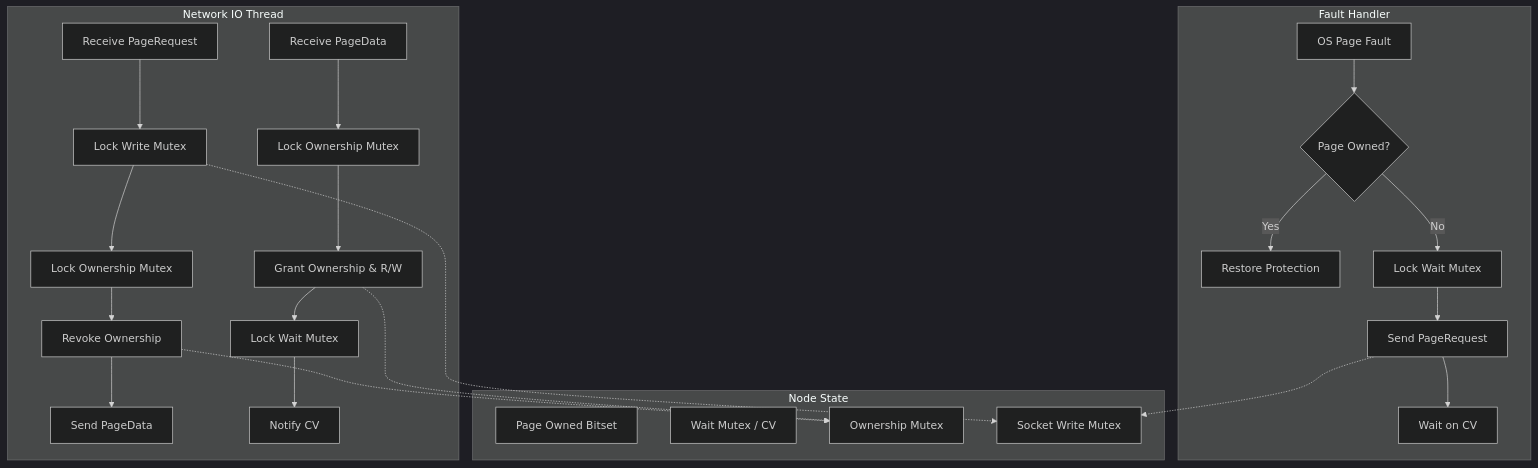
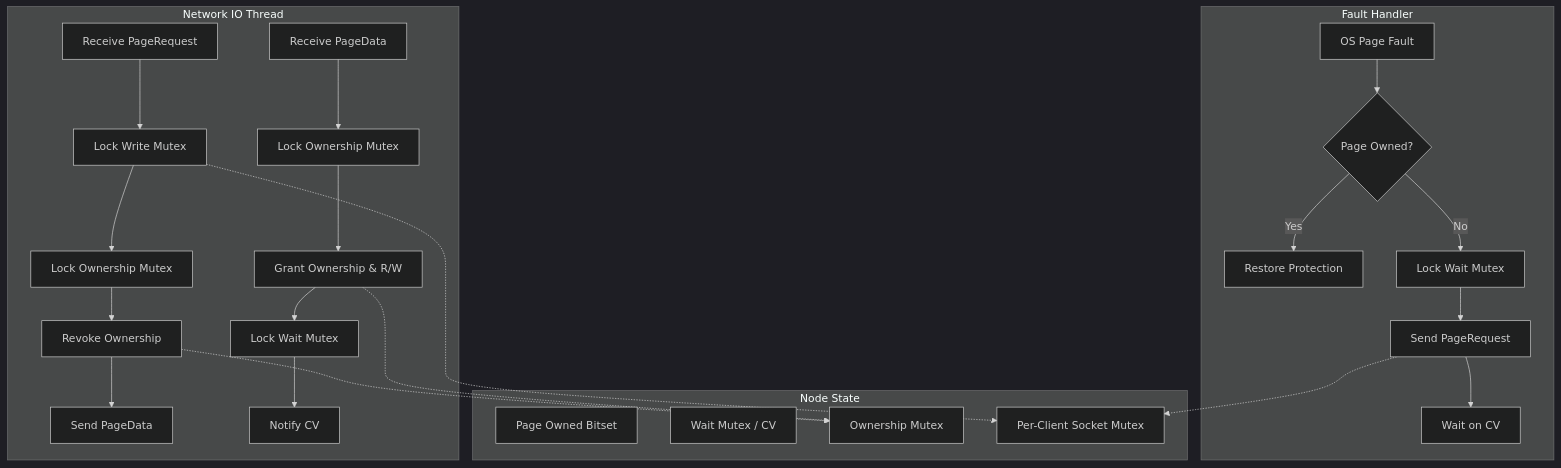
Before and after one commit to qzeesh-max/Geryon: the second of 2 diagrams in README.md, drawn with Mermaid (dark theme). The commit also changed other lines of this file, not shown here.

Commit message:
Update Mermaid diagrams to reflect Star Topology broker mechanics

````diff
--- a/README.md
+++ b/README.md
@@ -61,34 +64,34 @@
 ```mermaid
 flowchart TD
     subgraph Node State
         PO[Page Owned Bitset]
         WM[Wait Mutex / CV]
         OM[Ownership Mutex]
-        SM[Socket Write Mutex]
+        SM[Per-Client Socket Mutex]
     end
 
     subgraph Fault Handler
         F1[OS Page Fault] --> F2{Page Owned?}
         F2 -- Yes --> F3[Restore Protection]
         F2 -- No --> F4[Lock Wait Mutex]
         F4 --> F5[Send PageRequest]
         F5 --> F6[Wait on CV]
     end
     
     subgraph Network IO Thread
         N1[Receive PageRequest] --> N2[Lock Write Mutex]
         N2 --> N3[Lock Ownership Mutex]
         N3 --> N4[Revoke Ownership]
         N4 --> N5[Send PageData]
         
         N6[Receive PageData] --> N7[Lock Ownership Mutex]
         N7 --> N8[Grant Ownership & R/W]
         N8 --> N9[Lock Wait Mutex]
         N9 --> N10[Notify CV]
     end
     
     F5 -.-> SM
     N2 -.-> SM
     N4 -.-> OM
     N8 -.-> OM
 ```
````
